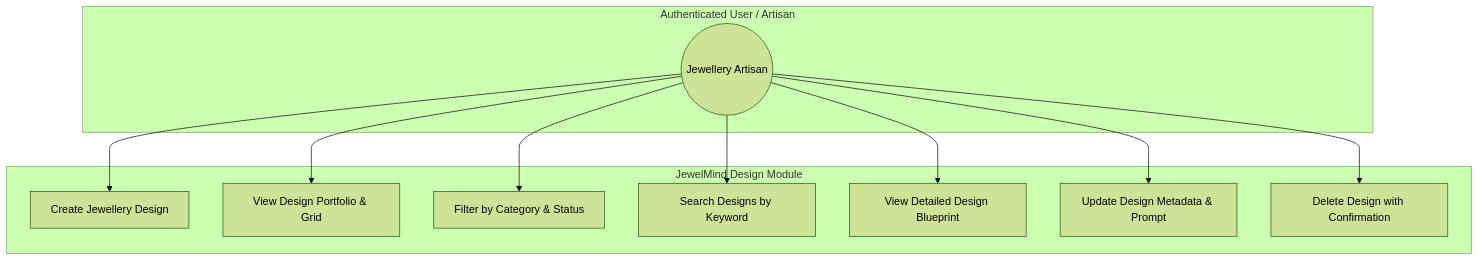
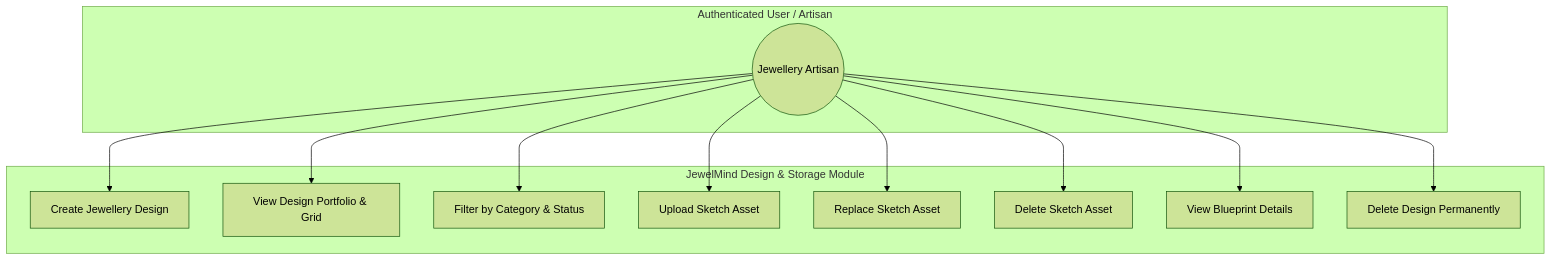
The second of 5 diagrams in docs/uml/README.md (MohitJaiswal2507/JewelMind), drawn with Mermaid (forest theme) before and after one commit. The commit also changed other lines of this file and 14 other files, not shown here.

Commit message:
feat: implement core design management API and frontend service architecture

````diff
--- a/docs/uml/README.md
+++ b/docs/uml/README.md
@@ -68,24 +68,26 @@
 ```mermaid
 flowchart TD
     subgraph Authenticated User / Artisan
         U((Jewellery Artisan))
     end
 
-    subgraph JewelMind Design Module
+    subgraph JewelMind Design & Storage Module
         UC1[Create Jewellery Design]
         UC2[View Design Portfolio & Grid]
         UC3[Filter by Category & Status]
-        UC4[Search Designs by Keyword]
-        UC5[View Detailed Design Blueprint]
-        UC6[Update Design Metadata & Prompt]
-        UC7[Delete Design with Confirmation]
+        UC4[Upload Sketch Asset]
+        UC5[Replace Sketch Asset]
+        UC6[Delete Sketch Asset]
+        UC7[View Blueprint Details]
+        UC8[Delete Design Permanently]
     end
 
     U --> UC1
     U --> UC2
     U --> UC3
     U --> UC4
     U --> UC5
     U --> UC6
     U --> UC7
+    U --> UC8
 ```
````
